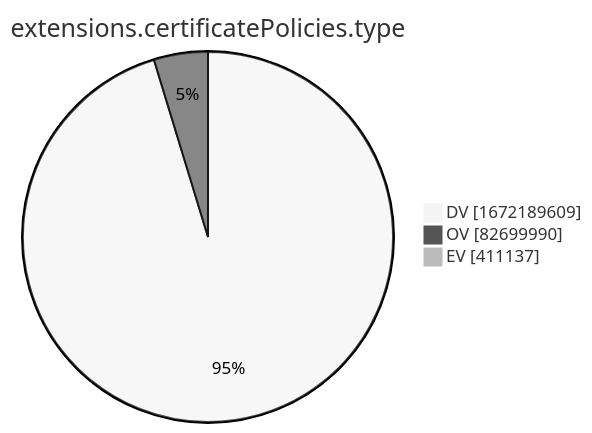
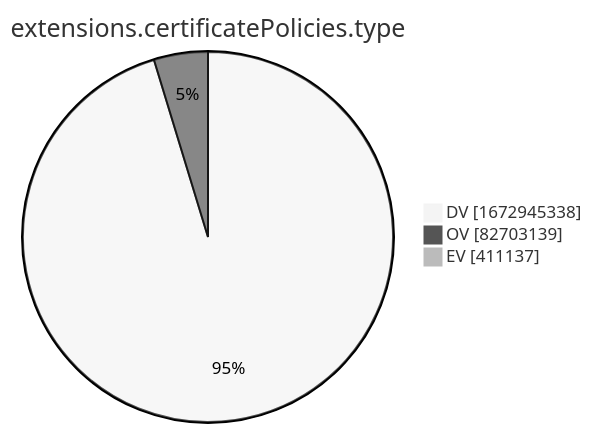
The tenth of 15 diagrams in xenon2022/README.md (christiankrug/ctmonitor_visualization), drawn with Mermaid (neutral theme) before and after one commit. The commit also changed other lines of this file, not shown here.

````diff
--- a/xenon2022/README.md
+++ b/xenon2022/README.md
@@ -2880,7 +2880,7 @@
 ```mermaid
 pie showData
 title extensions.certificatePolicies.type
-"DV" :1672189609
-"OV" :82699990
+"DV" :1672945338
+"OV" :82703139
 "EV" :411137
 ```
````
